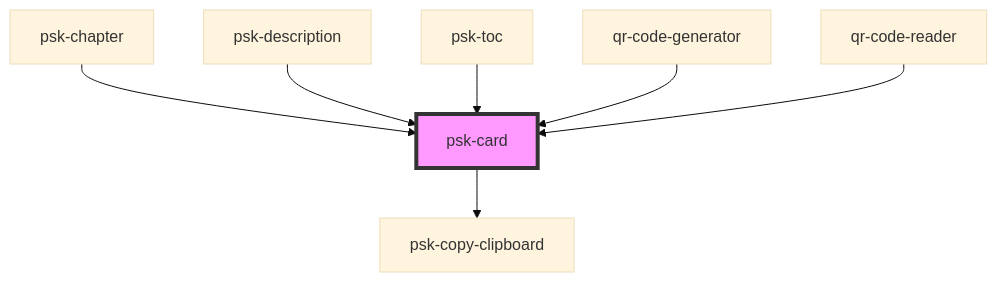
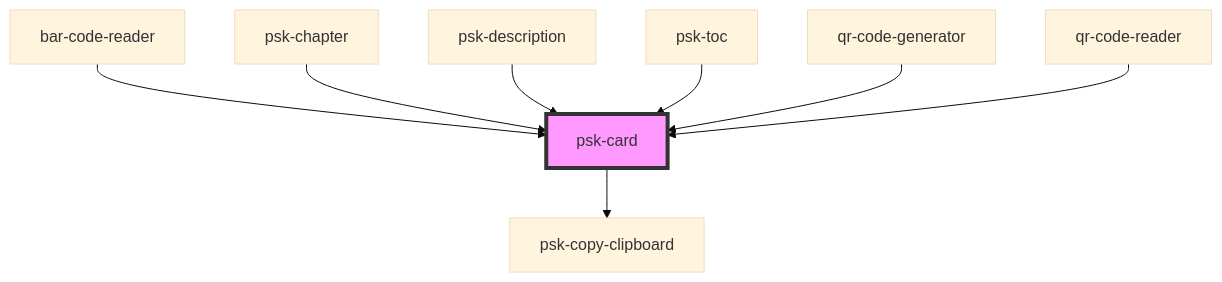
The diagram in src/components/psk-card/readme.md (daniel-visoiu/cardinal), drawn with Mermaid (base theme) before and after one commit. The commit also changed other lines of this file and 6 other files, not shown here.

Commit message:
added bar-code-reader component

````diff
--- a/src/components/psk-card/readme.md
+++ b/src/components/psk-card/readme.md
@@ -31,10 +32,11 @@
 ```mermaid
 graph TD;
   psk-card --> psk-copy-clipboard
+  bar-code-reader --> psk-card
   psk-chapter --> psk-card
   psk-description --> psk-card
   psk-toc --> psk-card
   qr-code-generator --> psk-card
   qr-code-reader --> psk-card
   style psk-card fill:#f9f,stroke:#333,stroke-width:4px
 ```
````
